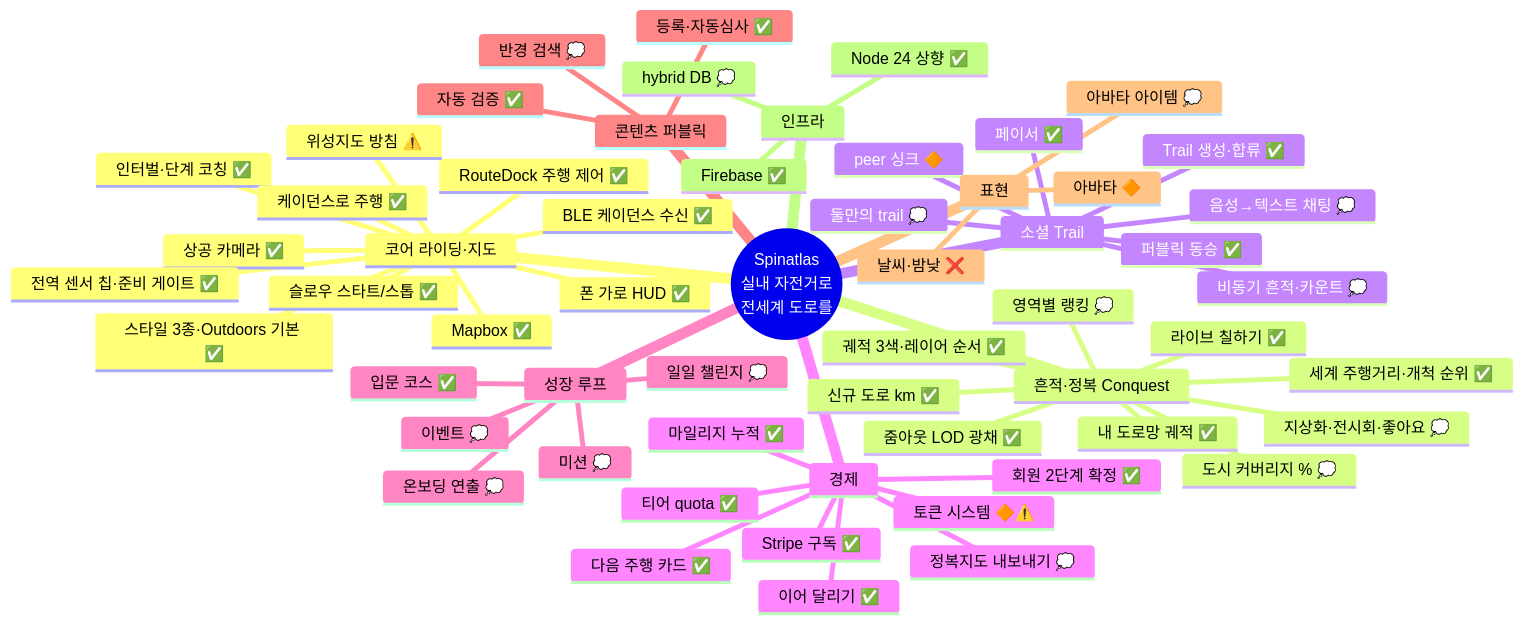
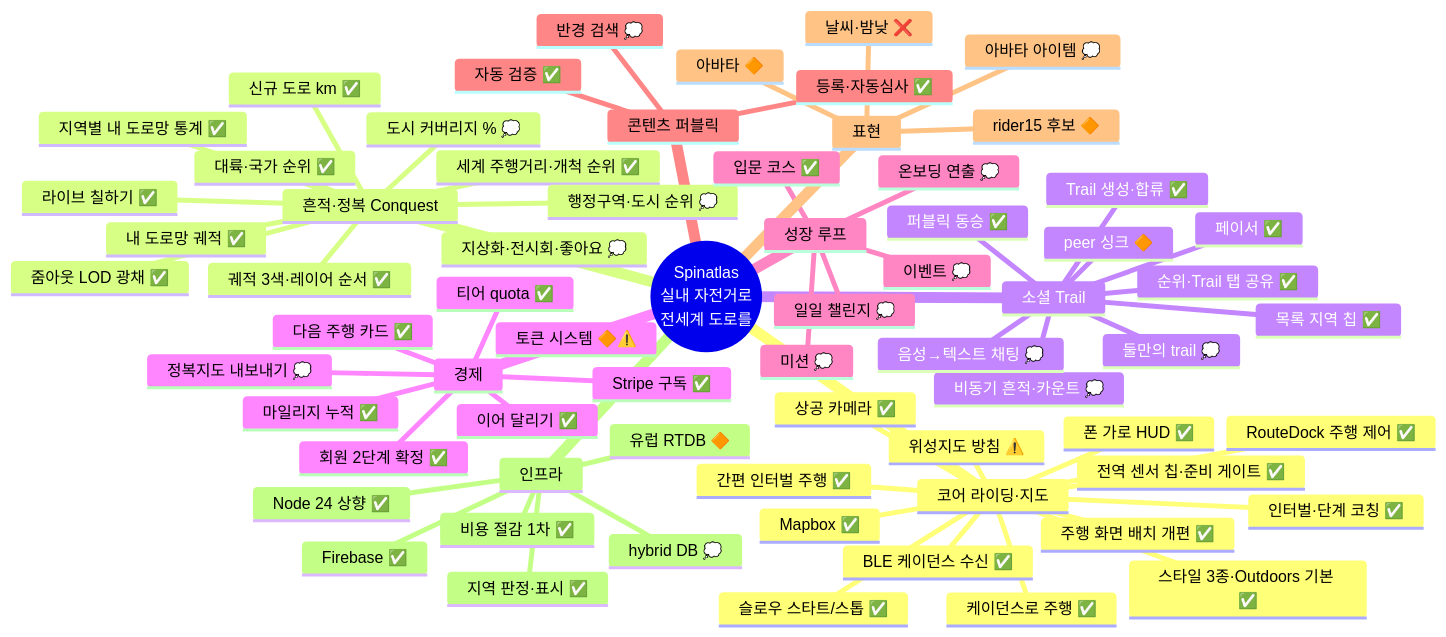
The diagram in document/260707-RTW-기능-인벤토리-상태보드.md (parkstery/boxcycle), drawn with Mermaid before and after one commit. The commit also changed other lines of this file and 16 other files, not shown here.

````diff
--- a/document/260707-RTW-기능-인벤토리-상태보드.md
+++ b/document/260707-RTW-기능-인벤토리-상태보드.md
@@ -27,61 +29,71 @@
 ```mermaid
 mindmap
   root((Spinatlas<br/>실내 자전거로<br/>전세계 도로를))
     코어 라이딩·지도
       Mapbox ✅
       스타일 3종·Outdoors 기본 ✅
       상공 카메라 ✅
       폰 가로 HUD ✅
       RouteDock 주행 제어 ✅
       인터벌·단계 코칭 ✅
+      주행 화면 배치 개편 ✅
+      간편 인터벌 주행 ✅
       위성지도 방침 ⚠️
       슬로우 스타트/스톱 ✅
       BLE 케이던스 수신 ✅
       케이던스로 주행 ✅
       전역 센서 칩·준비 게이트 ✅
     흔적·정복 Conquest
       내 도로망 궤적 ✅
       궤적 3색·레이어 순서 ✅
       줌아웃 LOD 광채 ✅
       신규 도로 km ✅
       라이브 칠하기 ✅
       도시 커버리지 % 💭
       지상화·전시회·좋아요 💭
       세계 주행거리·개척 순위 ✅
-      영역별 랭킹 💭
+      대륙·국가 순위 ✅
+      지역별 내 도로망 통계 ✅
+      행정구역·도시 순위 💭
     소셜 Trail
       Trail 생성·합류 ✅
+      순위·Trail 탭 공유 ✅
+      목록 지역 칩 ✅
       퍼블릭 동승 ✅
       peer 싱크 🔶
       페이서 ✅
       비동기 흔적·카운트 💭
       둘만의 trail 💭
       음성→텍스트 채팅 💭
     경제
       티어 quota ✅
       이어 달리기 ✅
       다음 주행 카드 ✅
       Stripe 구독 ✅
       마일리지 누적 ✅
       토큰 시스템 🔶⚠️
       회원 2단계 확정 ✅
       정복지도 내보내기 💭
     성장 루프
       입문 코스 ✅
       온보딩 연출 💭
       미션 💭
       이벤트 💭
       일일 챌린지 💭
     콘텐츠 퍼블릭
       등록·자동심사 ✅
       자동 검증 ✅
       반경 검색 💭
     표현
       날씨·밤낮 ❌
       아바타 🔶
+      rider15 후보 🔶
       아바타 아이템 💭
     인프라
       Firebase ✅
+      지역 판정·표시 ✅
+      비용 절감 1차 ✅
+      유럽 RTDB 🔶
       hybrid DB 💭
       Node 24 상향 ✅
 ```
````
